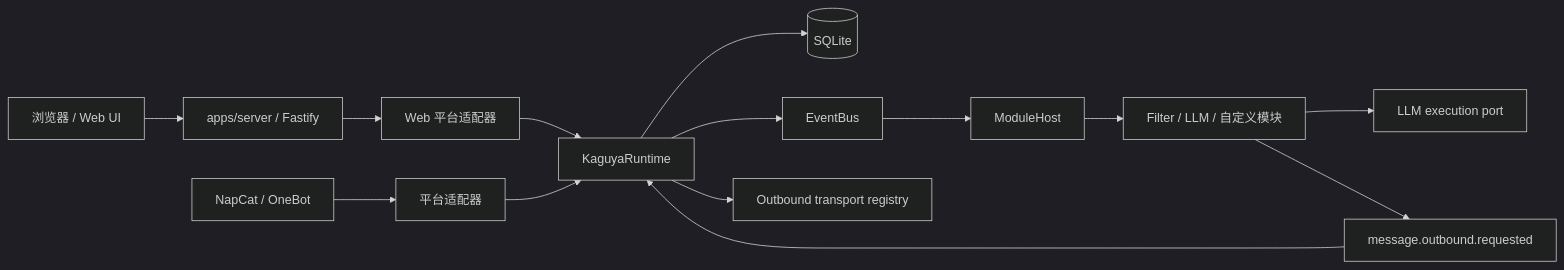
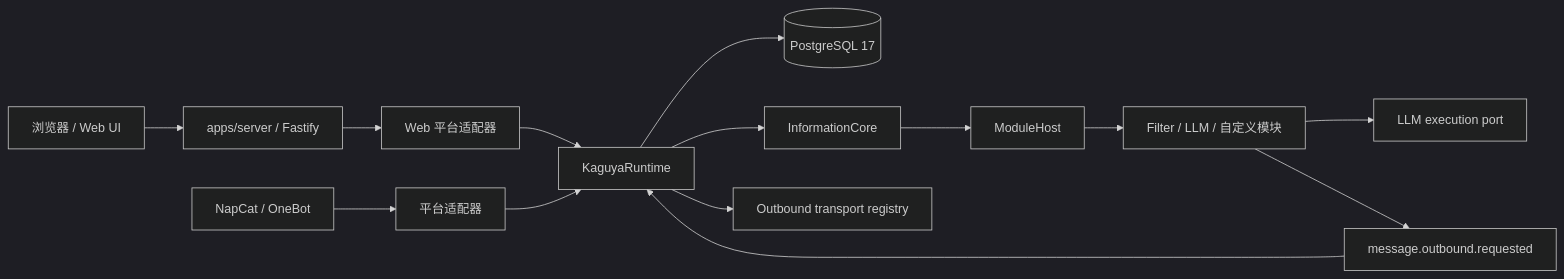
One commit to posanbu/Kaguya changed the first of 2 diagrams in docs/developers/architecture.md. Above: the diagram before and after it, drawn with Mermaid (dark theme). The commit also changed other lines of this file and 43 other files, not shown here.

Commit message:
feat: unify PostgreSQL development runtime (#101)

````diff
--- a/docs/developers/architecture.md
+++ b/docs/developers/architecture.md
@@ -14,16 +14,16 @@
 ```mermaid
 flowchart LR
   Browser[浏览器 / Web UI] --> Server[apps/server / Fastify]
   NapCat[NapCat / OneBot] --> Adapter[平台适配器]
   Server --> WebAdapter[Web 平台适配器]
   WebAdapter --> Runtime[KaguyaRuntime]
   Adapter --> Runtime
-  Runtime --> DB[(SQLite)]
-  Runtime --> Bus[EventBus]
-  Bus --> Host[ModuleHost]
+  Runtime --> DB[(PostgreSQL 17)]
+  Runtime --> Core[InformationCore]
+  Core --> Host[ModuleHost]
   Host --> Modules[Filter / LLM / 自定义模块]
   Modules --> LLM[LLM execution port]
   Modules --> Outbound[message.outbound.requested]
   Outbound --> Runtime
   Runtime --> Transport[Outbound transport registry]
 ```
````
